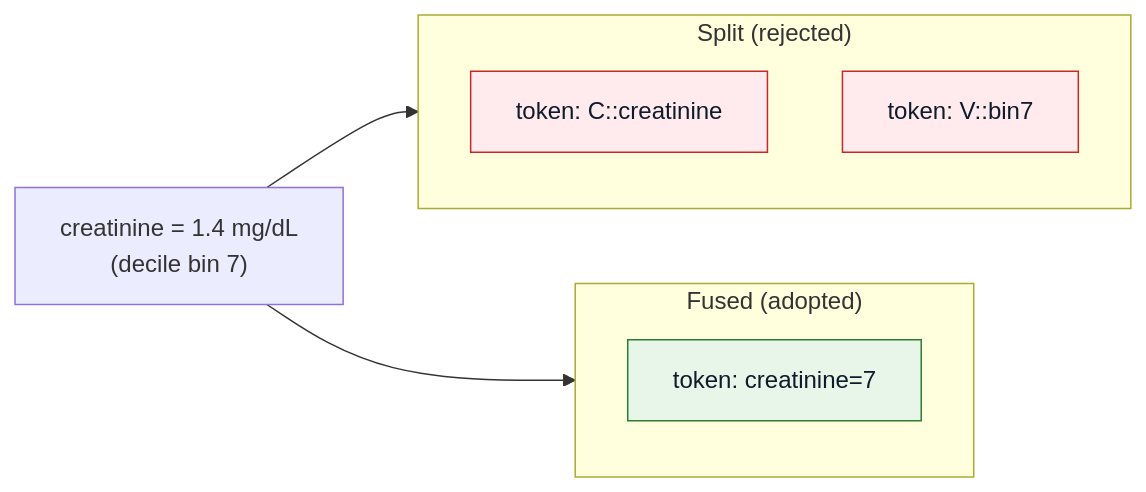
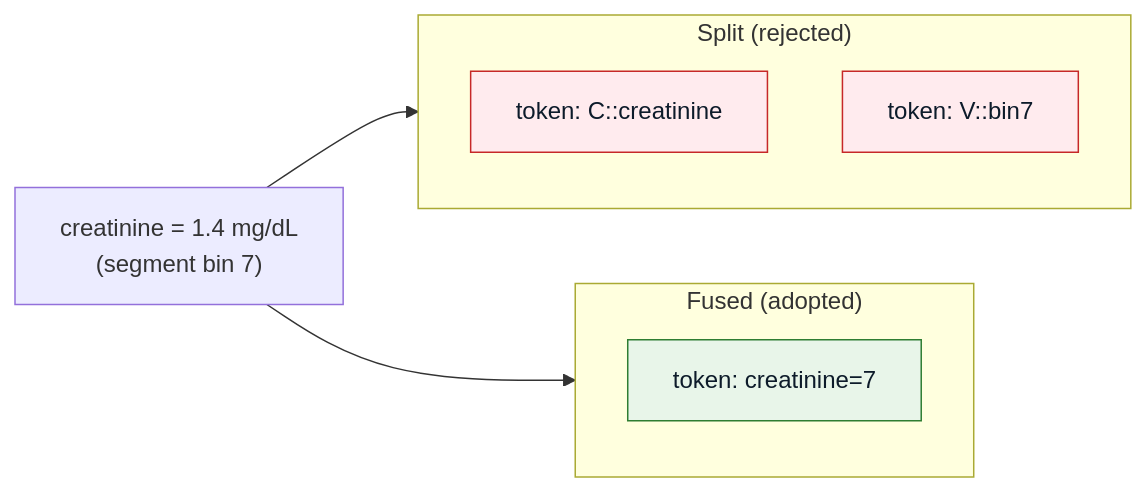
Before and after one commit to sajor2000/clifatron2.0: the second of 7 diagrams in website/docs/data-tokenization.md, drawn with Mermaid. The commit also changed other lines of this file and 6 other files, not shown here.

````diff
--- a/website/docs/data-tokenization.md
+++ b/website/docs/data-tokenization.md
@@ -60,21 +60,21 @@
 ```mermaid
 flowchart LR
-    RAW["creatinine = 1.4 mg/dL<br/>(decile bin 7)"]
+    RAW["creatinine = 1.4 mg/dL<br/>(segment bin 7)"]
 
     subgraph SPLIT["Split (rejected)"]
         S1["token: C::creatinine"]
         S2["token: V::bin7"]
     end
 
     subgraph FUSED["Fused (adopted)"]
         FU["token: creatinine=7"]
     end
 
     RAW --> SPLIT
     RAW --> FUSED
 
     classDef bad fill:#ffebee,stroke:#c62828,color:#0d1b2a;
     classDef good fill:#e8f5e9,stroke:#2e7d32,color:#0d1b2a;
     class S1,S2 bad;
     class FU good;
 ```
````
